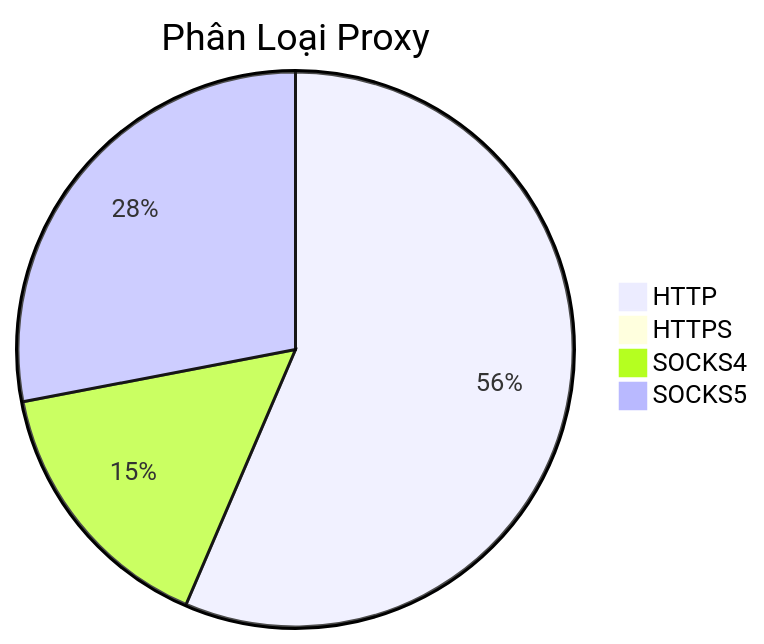
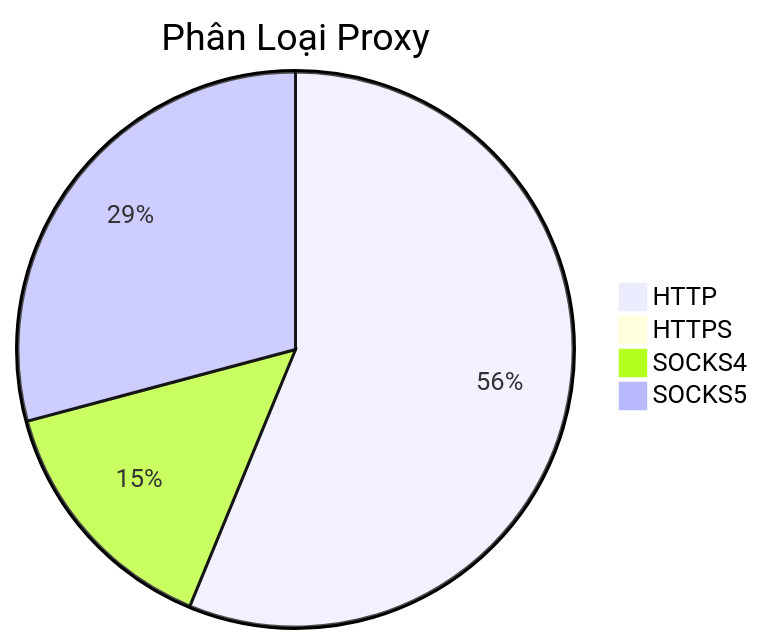
The diagram in README.md (Ciara-12/PROXY-free), drawn with Mermaid before and after one commit. The commit also changed other lines of this file and 4 other files, not shown here.

````diff
--- a/README.md
+++ b/README.md
@@ -26,7 +26,7 @@
 ```mermaid
 pie title Phân Loại Proxy
-    "HTTP" : 538
-    "HTTPS" : 2
-    "SOCKS4" : 148
-    "SOCKS5" : 267
+    "HTTP" : 511
+    "HTTPS" : 1
+    "SOCKS4" : 133
+    "SOCKS5" : 265
 ```
````
